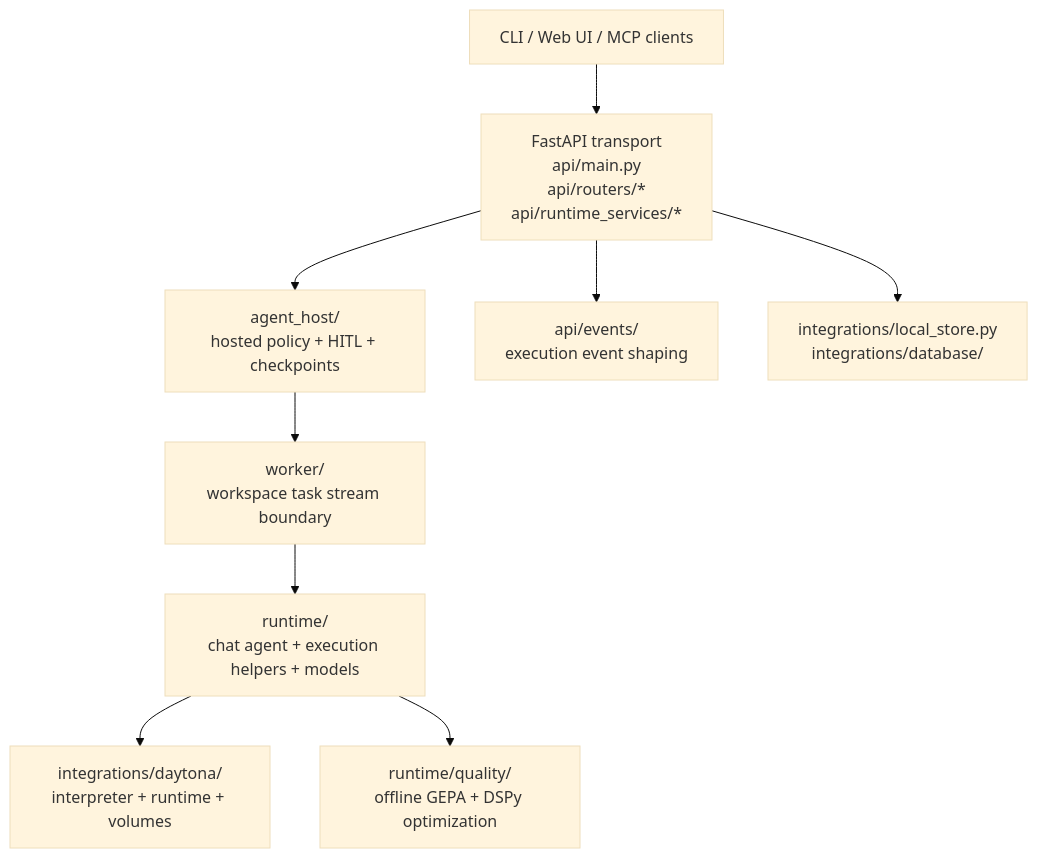
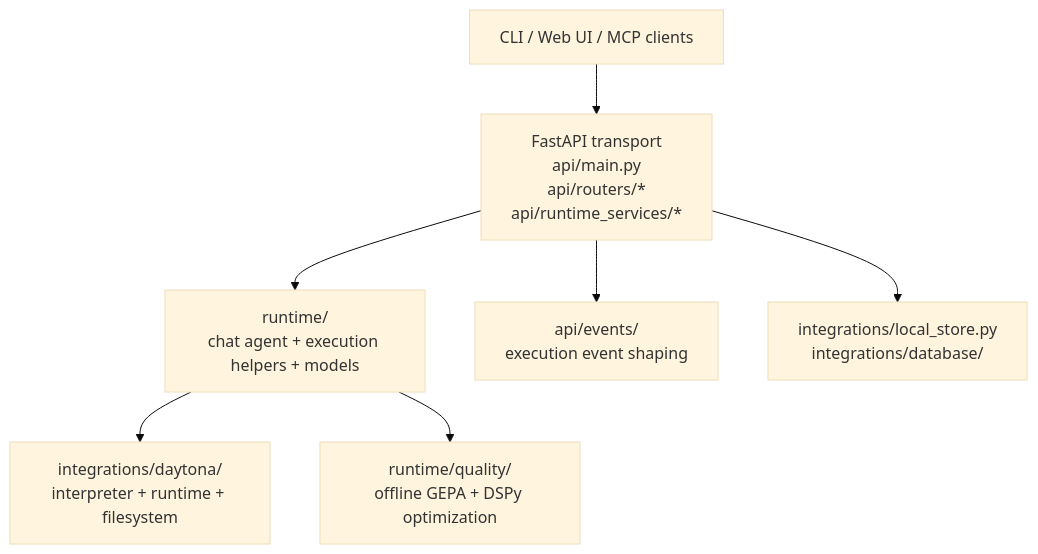
The diagram in docs/architecture.md (Qredence/fleet-rlm), drawn with Mermaid (base theme) before and after one commit. The commit also changed other lines of this file and 8 other files, not shown here.

Commit message:
docs: update stale references to deleted Daytona and runtime modules

````diff
--- a/docs/architecture.md
+++ b/docs/architecture.md
@@ -12,11 +11,9 @@
 ```mermaid
 graph TB
     CLIENTS["CLI / Web UI / MCP clients"] --> API["FastAPI transport\napi/main.py\napi/routers/*\napi/runtime_services/*"]
-    API --> HOST["agent_host/\nhosted policy + HITL + checkpoints"]
-    HOST --> WORKER["worker/\nworkspace task stream boundary"]
-    WORKER --> RUNTIME["runtime/\nchat agent + execution helpers + models"]
-    RUNTIME --> DAYTONA["integrations/daytona/\ninterpreter + runtime + volumes"]
+    API --> RUNTIME["runtime/\nchat agent + execution helpers + models"]
+    RUNTIME --> DAYTONA["integrations/daytona/\ninterpreter + runtime + filesystem"]
     API --> EVENTS["api/events/\nexecution event shaping"]
     API --> PERSISTENCE["integrations/local_store.py\nintegrations/database/"]
     RUNTIME --> QUALITY["runtime/quality/\noffline GEPA + DSPy optimization"]
 ```
````
